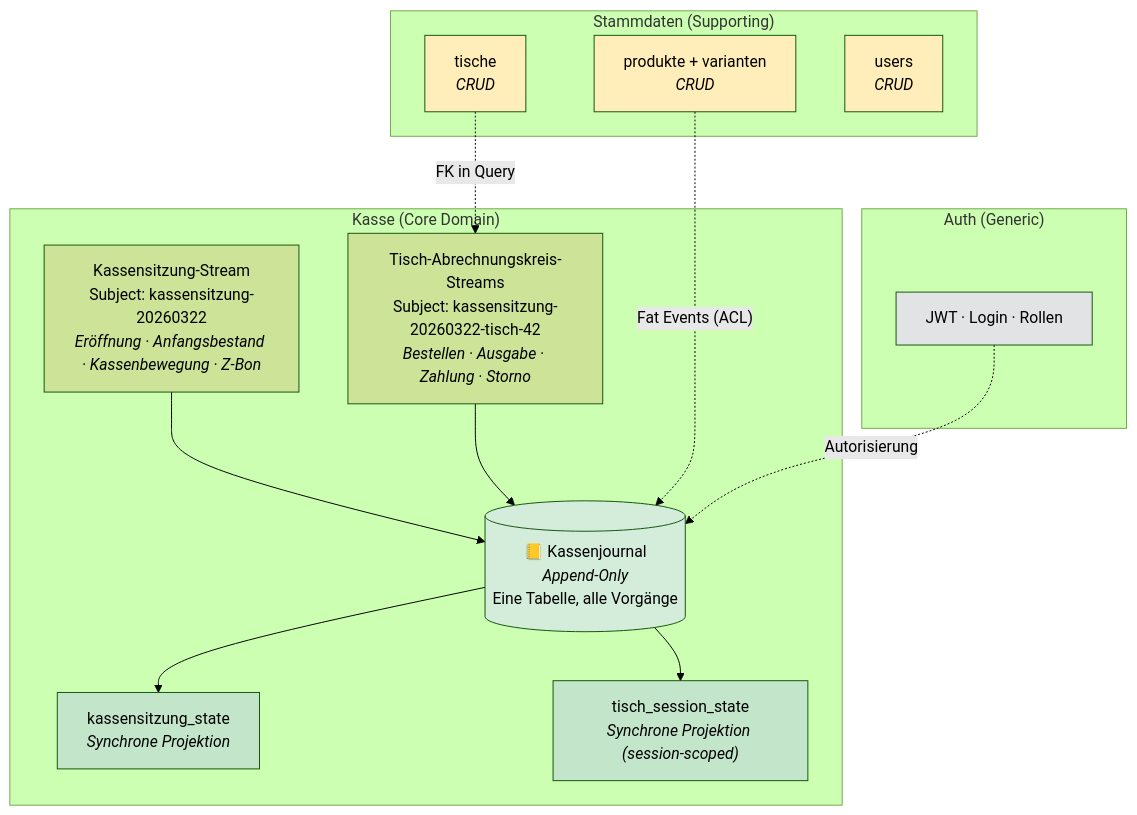
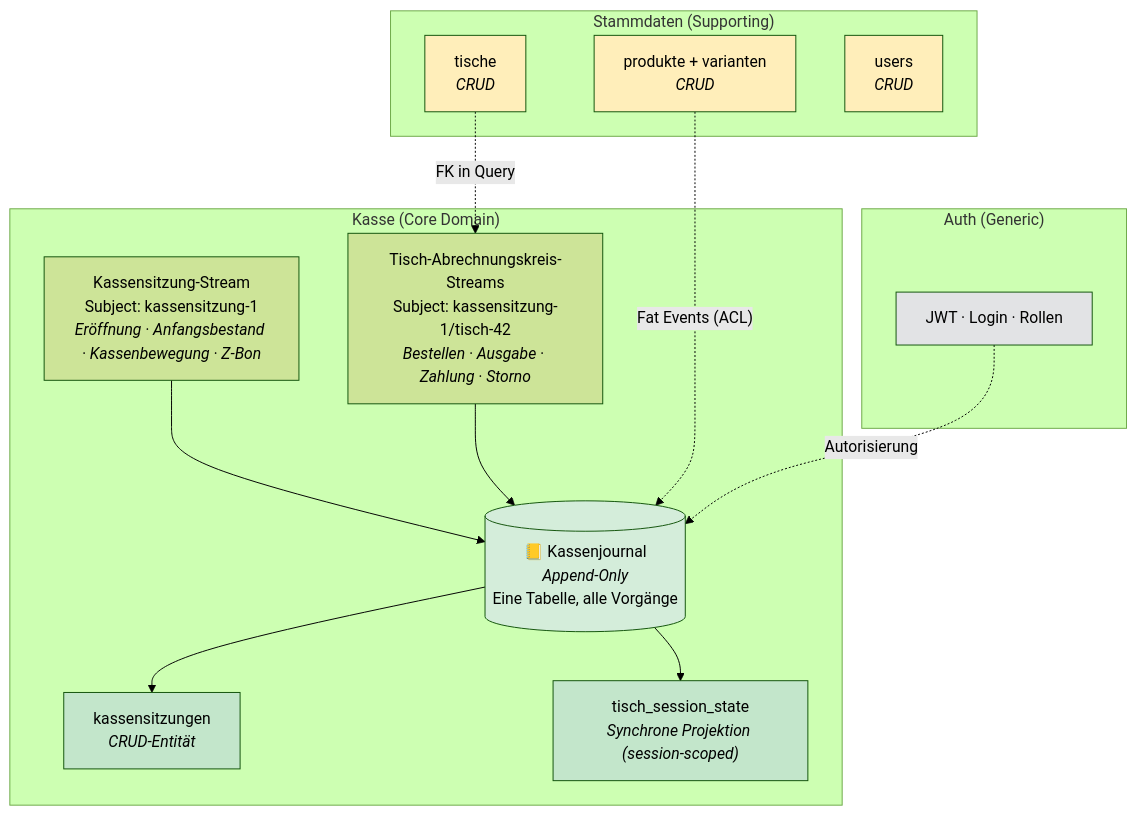
The second of 5 diagrams in docs/redesign.md (nicograef/jotti), drawn with Mermaid (forest theme) before and after one commit. The commit also changed other lines of this file and 21 other files, not shown here.

First line of the commit message:
refactor: replace kassensitzung_state projection with kassensitzungen CRUD entity and adopt nr-based subject format

````diff
--- a/docs/redesign.md
+++ b/docs/redesign.md
@@ -103,30 +103,30 @@
 ```mermaid
 graph TB
     subgraph "Kasse (Core Domain)"
         KJ[("📒 Kassenjournal<br><i>Append-Only</i><br>Eine Tabelle, alle Vorgänge")]
-        KS["Kassensitzung-Stream<br>Subject: kassensitzung-20260322<br><i>Eröffnung · Anfangsbestand · Kassenbewegung · Z-Bon</i>"]
-        TS["Tisch-Abrechnungskreis-Streams<br>Subject: kassensitzung-20260322-tisch-42<br><i>Bestellen · Ausgabe · Zahlung · Storno</i>"]
+        KS["Kassensitzung-Stream<br>Subject: kassensitzung-1<br><i>Eröffnung · Anfangsbestand · Kassenbewegung · Z-Bon</i>"]
+        TS["Tisch-Abrechnungskreis-Streams<br>Subject: kassensitzung-1/tisch-42<br><i>Bestellen · Ausgabe · Zahlung · Storno</i>"]
         KS --> KJ
         TS --> KJ
-        KJ --> KS_PROJ["kassensitzung_state<br><i>Synchrone Projektion</i>"]
+        KJ --> KS_PROJ["kassensitzungen<br><i>CRUD-Entität</i>"]
         KJ --> TSS_PROJ["tisch_session_state<br><i>Synchrone Projektion (session-scoped)</i>"]
     end
     subgraph "Stammdaten (Supporting)"
         TISCH["tische<br><i>CRUD</i>"]
         PROD["produkte + varianten<br><i>CRUD</i>"]
         USER["users<br><i>CRUD</i>"]
     end
     subgraph "Auth (Generic)"
         AUTH["JWT · Login · Rollen"]
     end
     TISCH -. "FK in Query" .-> TS
     PROD -. "Fat Events (ACL)" .-> KJ
     AUTH -. "Autorisierung" .-> KJ
     style KJ fill:#d4edda
     style KS_PROJ fill:#c3e6cb
     style TSS_PROJ fill:#c3e6cb
     style TISCH fill:#ffeeba
     style PROD fill:#ffeeba
     style USER fill:#ffeeba
     style AUTH fill:#e2e3e5
 ```
````
